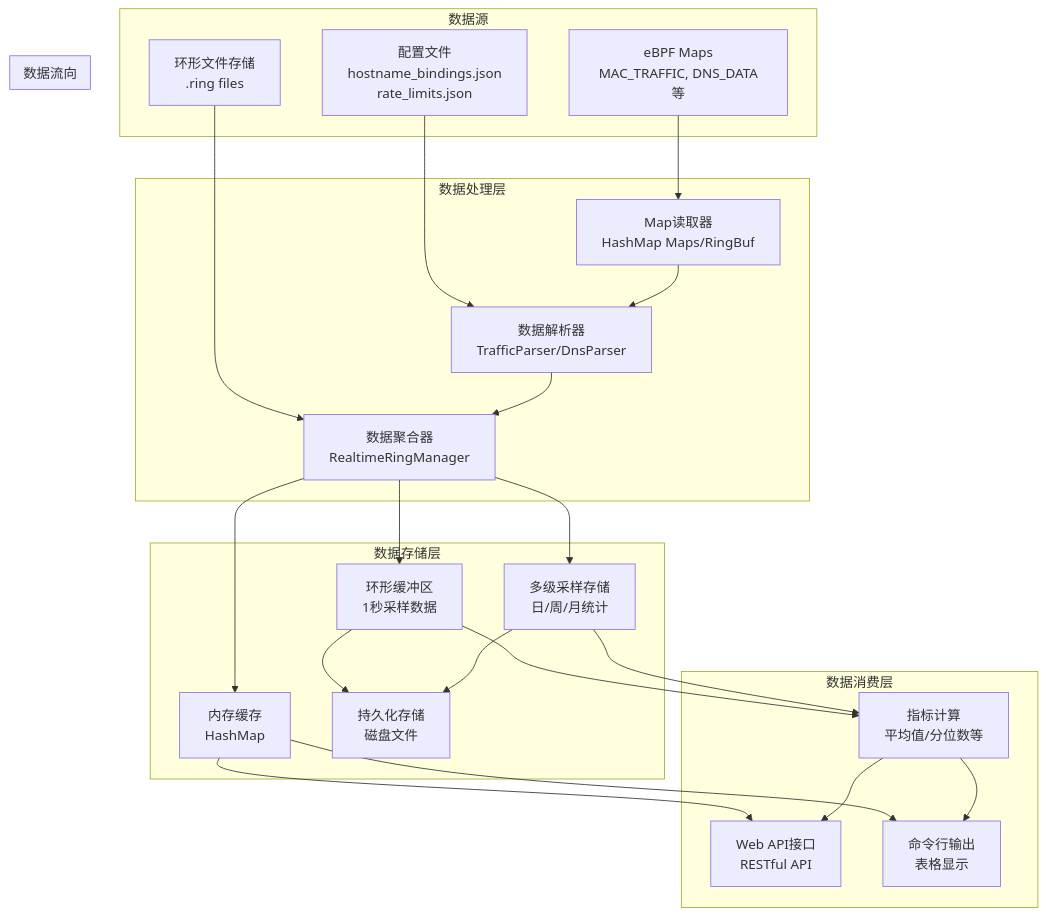
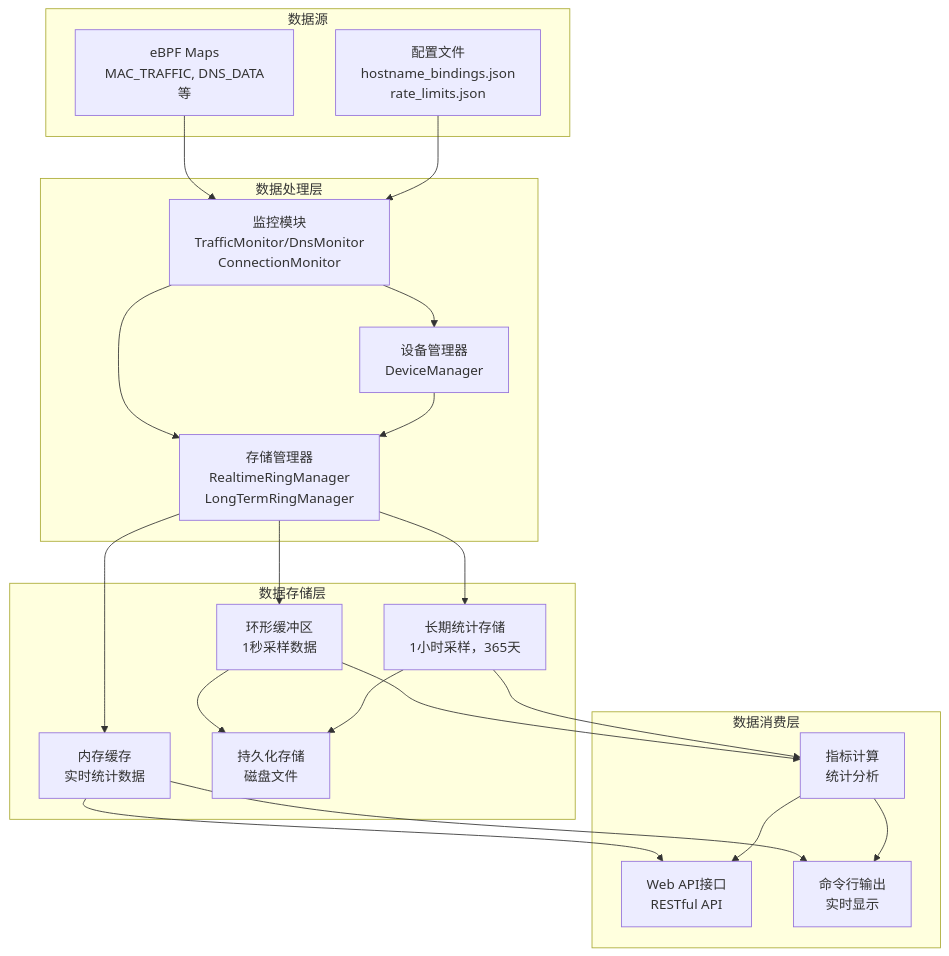
Before and after one commit to QiuSimons/OpenWrt-Add: the fourth of 8 diagrams in luci-app-bandix/ARCHITECTURE.md, drawn with Mermaid. The commit also changed other lines of this file and 43 other files, not shown here.

````diff
--- a/luci-app-bandix/ARCHITECTURE.md
+++ b/luci-app-bandix/ARCHITECTURE.md
@@ -268,50 +260,48 @@
 ```mermaid
 graph TB
     subgraph "数据源"
         EBPF_MAPS[eBPF Maps<br/>MAC_TRAFFIC, DNS_DATA等]
-        RING_FILES[环形文件存储<br/>.ring files]
         CONFIG_FILES[配置文件<br/>hostname_bindings.json<br/>rate_limits.json]
     end
 
     subgraph "数据处理层"
-        MAP_READER[Map读取器<br/>HashMap Maps/RingBuf]
-        PARSER[数据解析器<br/>TrafficParser/DnsParser]
-        AGGREGATOR[数据聚合器<br/>RealtimeRingManager]
+        MONITOR[监控模块<br/>TrafficMonitor/DnsMonitor<br/>ConnectionMonitor]
+        DEVICE_MGR[设备管理器<br/>DeviceManager]
+        STORAGE[存储管理器<br/>RealtimeRingManager<br/>LongTermRingManager]
     end
 
     subgraph "数据存储层"
-        MEMORY_CACHE[内存缓存<br/>HashMap<String, Stats>]
+        MEMORY_CACHE[内存缓存<br/>实时统计数据]
         RING_BUFFER[环形缓冲区<br/>1秒采样数据]
-        MULTI_LEVEL[多级采样存储<br/>日/周/月统计]
+        LONG_TERM[长期统计存储<br/>1小时采样，365天]
         PERSISTENT[持久化存储<br/>磁盘文件]
     end
 
     subgraph "数据消费层"
         WEB_API[Web API接口<br/>RESTful API]
-        CLI_OUTPUT[命令行输出<br/>表格显示]
-        METRICS[指标计算<br/>平均值/分位数等]
+        CLI_OUTPUT[命令行输出<br/>实时显示]
+        METRICS[指标计算<br/>统计分析]
     end
 
-    subgraph "数据流向"
-        EBPF_MAPS --> MAP_READER
-        RING_FILES --> AGGREGATOR
-        CONFIG_FILES --> PARSER
+    EBPF_MAPS --> MONITOR
+    CONFIG_FILES --> MONITOR
 
-        MAP_READER --> PARSER
-        PARSER --> AGGREGATOR
-        AGGREGATOR --> MEMORY_CACHE
-        AGGREGATOR --> RING_BUFFER
-        AGGREGATOR --> MULTI_LEVEL
+    MONITOR --> DEVICE_MGR
+    MONITOR --> STORAGE
+    DEVICE_MGR --> STORAGE
 
-        RING_BUFFER --> PERSISTENT
-        MULTI_LEVEL --> PERSISTENT
+    STORAGE --> MEMORY_CACHE
+    STORAGE --> RING_BUFFER
+    STORAGE --> LONG_TERM
 
-        MEMORY_CACHE --> WEB_API
-        MEMORY_CACHE --> CLI_OUTPUT
-        RING_BUFFER --> METRICS
-        MULTI_LEVEL --> METRICS
+    RING_BUFFER --> PERSISTENT
+    LONG_TERM --> PERSISTENT
 
-        METRICS --> WEB_API
-        METRICS --> CLI_OUTPUT
-    end
+    MEMORY_CACHE --> WEB_API
+    MEMORY_CACHE --> CLI_OUTPUT
+    RING_BUFFER --> METRICS
+    LONG_TERM --> METRICS
+
+    METRICS --> WEB_API
+    METRICS --> CLI_OUTPUT
 ```
````
